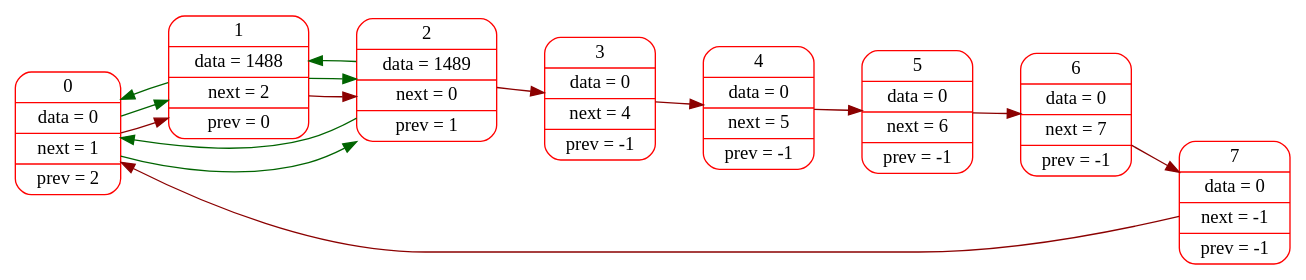
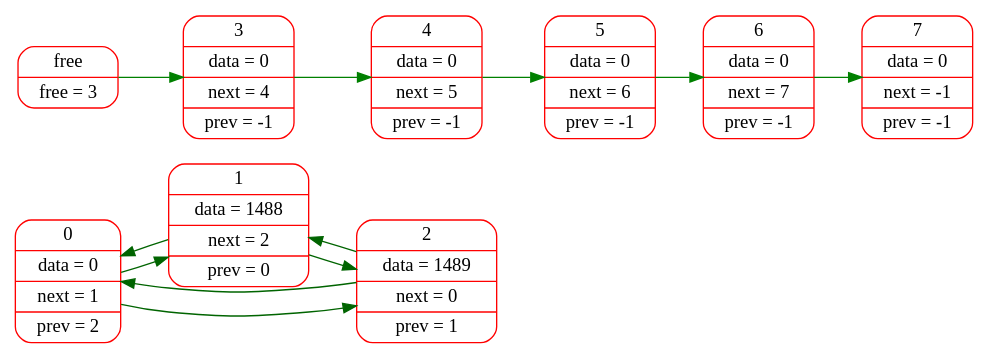
Before and after one commit to sevaphasol/list: the diagram in logs/dot_files/002.dot, drawn with Graphviz. The commit also changed 21 other files, not shown here.

```diff
--- a/logs/dot_files/002.dot
+++ b/logs/dot_files/002.dot
@@ -1,18 +1,19 @@
 digraph G{
 rankdir=LR;
 node[color="red",fontsize=14];
 elem0[shape="Mrecord", label="0 | data = 0 | next = 1 | prev = 2"];
 elem1[shape="Mrecord", label="1 | data = 1488 | next = 2 | prev = 0"];
 elem2[shape="Mrecord", label="2 | data = 1489 | next = 0 | prev = 1"];
-elem3[shape="Mrecord", label="3 | data = 0 | next = 4 | prev = -1"];
-elem4[shape="Mrecord", label="4 | data = 0 | next = 5 | prev = -1"];
-elem5[shape="Mrecord", label="5 | data = 0 | next = 6 | prev = -1"];
-elem6[shape="Mrecord", label="6 | data = 0 | next = 7 | prev = -1"];
-elem7[shape="Mrecord", label="7 | data = 0 | next = -1 | prev = -1"];
-edge[color="darkred",fontsize=12, penwidth=1, weight=1000];
-elem0->elem1->elem2->elem3->elem4->elem5->elem6->elem7->elem0;
 edge[color="darkgreen",fontsize=12, penwidth=1];
 elem0->elem1->elem2->elem0;
 edge[color="darkgreen",fontsize=12, penwidth=1];
 elem0->elem2->elem1->elem0;
+free[shape="Mrecord", label="free | free = 3"];
+free_elem3[shape="Mrecord", label="3 | data = 0 | next = 4 | prev = -1"];
+free_elem4[shape="Mrecord", label="4 | data = 0 | next = 5 | prev = -1"];
+free_elem5[shape="Mrecord", label="5 | data = 0 | next = 6 | prev = -1"];
+free_elem6[shape="Mrecord", label="6 | data = 0 | next = 7 | prev = -1"];
+free_elem7[shape="Mrecord", label="7 | data = 0 | next = -1 | prev = -1"];
+edge[color="green",fontsize=12, penwidth=1];
+free->free_elem3->free_elem4->free_elem5->free_elem6->free_elem7;
 }
```
